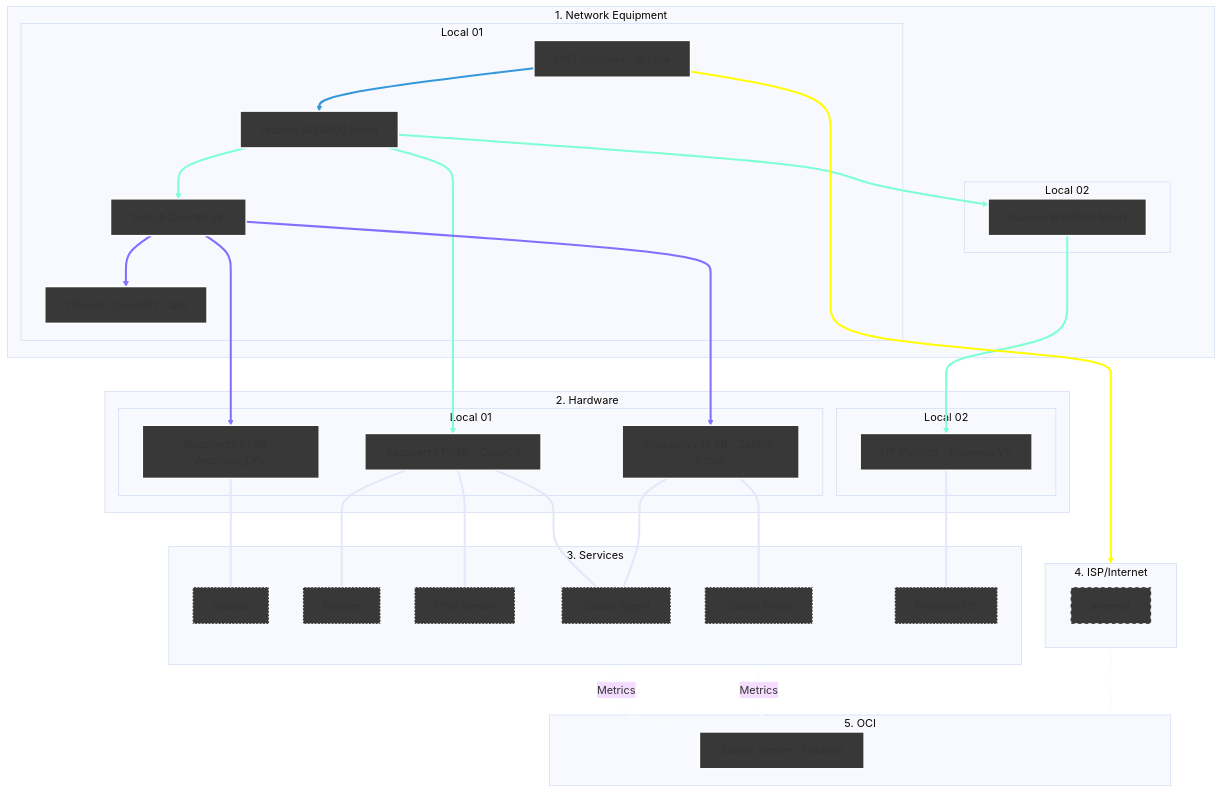
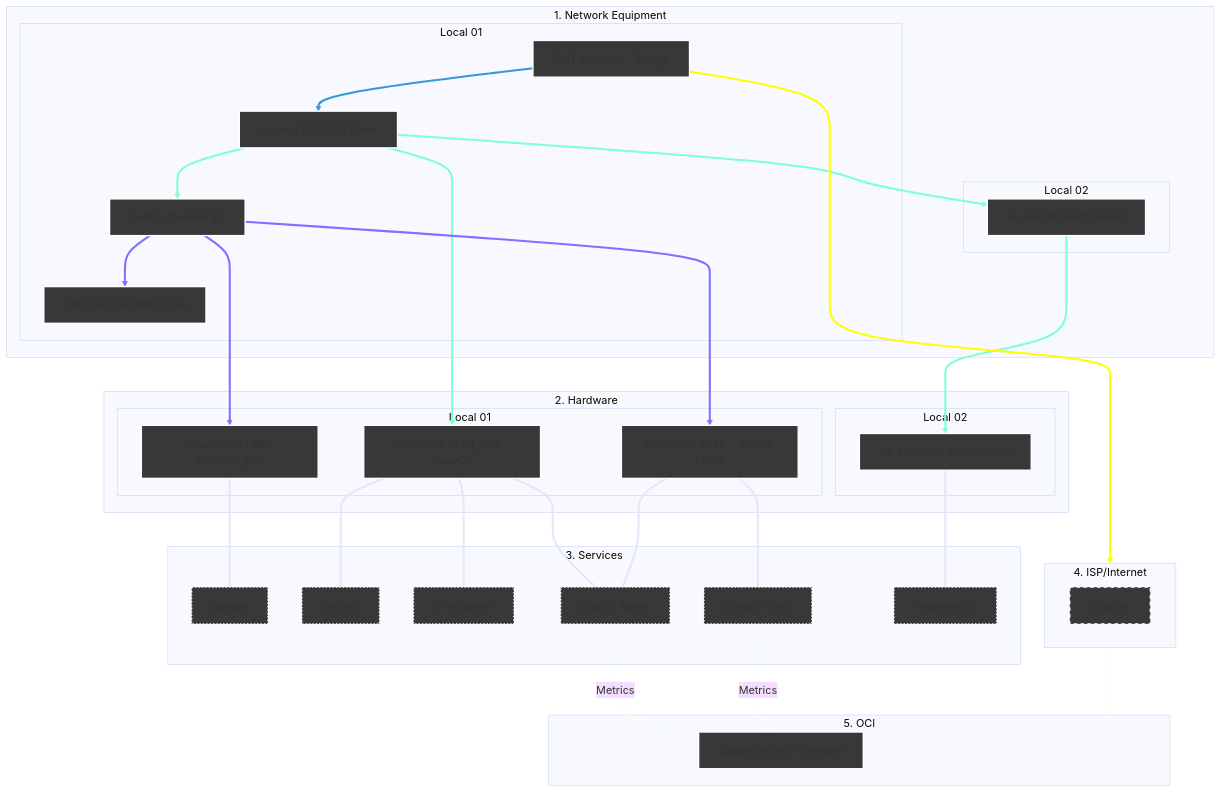
The diagram in Infrastructure/README2.md (kevindexter22/Dr-Hardware-Autonet), drawn with Mermaid (base theme) before and after one commit.

````diff
--- a/Infrastructure/README2.md
+++ b/Infrastructure/README2.md
@@ -15,72 +15,72 @@
 ```mermaid
 graph TD
     %% Styles
     classDef network fill:#383838,stroke:#FFFFFF,stroke-width:2px;
     classDef hardware fill:#383838,stroke:#FFFFFF,stroke-width:2px;
     classDef internet fill:#383838,stroke:#FFFFFF,stroke-width:2px,stroke-dasharray: 5 5;
     classDef services fill:#383838,stroke:#FFFFFF,stroke-width:2px, stroke-dasharray: 2 3;
     classDef oci fill:#383838,stroke:#FFFFFF,stroke-width:2px;
 
     %% 1. NETWORK EQUIPMENT
     subgraph Principal["1. Network Equipment"]
     subgraph S1 [Local 01]
         ONT[ONT Intelbras - Bridge]:::network --> R_Mesh1[Huawei WS5800 Mesh]:::network
         R_Mesh1 --> SW1[Switch Overtek 8p]:::network
         SW1 --> R_Cams[TP-Link OpenWRT Cam]:::network    
     end
     subgraph S2 [Local 02]
         R_Mesh1 --> R_Mesh2[Huawei WS5800 Mesh]:::network
     end
     end
     
     %% 2. HARDWARE
     subgraph Principal02["2. Hardware"]
     subgraph S3 [Local 01]
         SW1 ---> RPi3B_1[Raspberry Pi 3B - Arquivos_OPL]:::hardware
-        R_Mesh1 ---> RPi4B[Raspberry Pi 4B - CasaOS]:::hardware
+        R_Mesh1 ---> RPi4B[Raspberry Pi 4B_4GB - CasaOS]:::hardware
         SW1 ---> RPi3B_2[Raspberry Pi 3B - Zabbix Proxy]:::hardware
     end
     subgraph S4 [Local 02]
         R_Mesh2 ---> HP[HP Pavilion - Proxmox VE]:::hardware
     end
     end
 
     %% 3. SERVICES     
     subgraph S5 [3. Services];
         RPi3B_1 --- SMB1[Samba]:::services
         RPi4B --- Docker[Docker]:::services
         RPi4B --- VPN[VPN Server]:::services
         RPi4B --- ZA[Zabbix Agent]:::services
         RPi3B_2 --- ZA[Zabbix Agent]:::services
         RPi3B_2 --- ZP[Zabbix Proxy]:::services
         HP --- PVE[Proxmox VE]:::services        
     end
 
     %% 4. Internet (The Bridge)
     subgraph S6 [4. ISP/Internet]
            internet[Internet]:::internet
     end
 
     %% 5. Oracle Cloud Infrastructure
     subgraph S7 [5. OCI]
         ZS[Zabbix Server - Grafana]:::oci
     end
 
     %% Conections of data flow
     ONT --> S6
     S6 --> S7
     
     %% Logical conections
     ZA -.-> |Metrics| ZS
     ZP -.-> |Metrics| ZS 
 
     %% --- Set collor on conections ---
     
     linkStyle 0 stroke:#3498db,stroke-width:3px;
     linkStyle 1,3,5,7 stroke:#7FFFD4,stroke-width:3px;
     linkStyle 2,4,6 stroke:#836FFF,stroke-width:3px;
     linkStyle 8,9,10,11,12,13,14 stroke:#E6E6FA,stroke-width:3px;
     linkStyle 15 stroke:#FFFF00,stroke-width:3px;
     linkStyle 16,17,18 stroke:#F5FFFA,stroke-width:3px,stroke-dasharray: 5 5;
 
 ```
````
